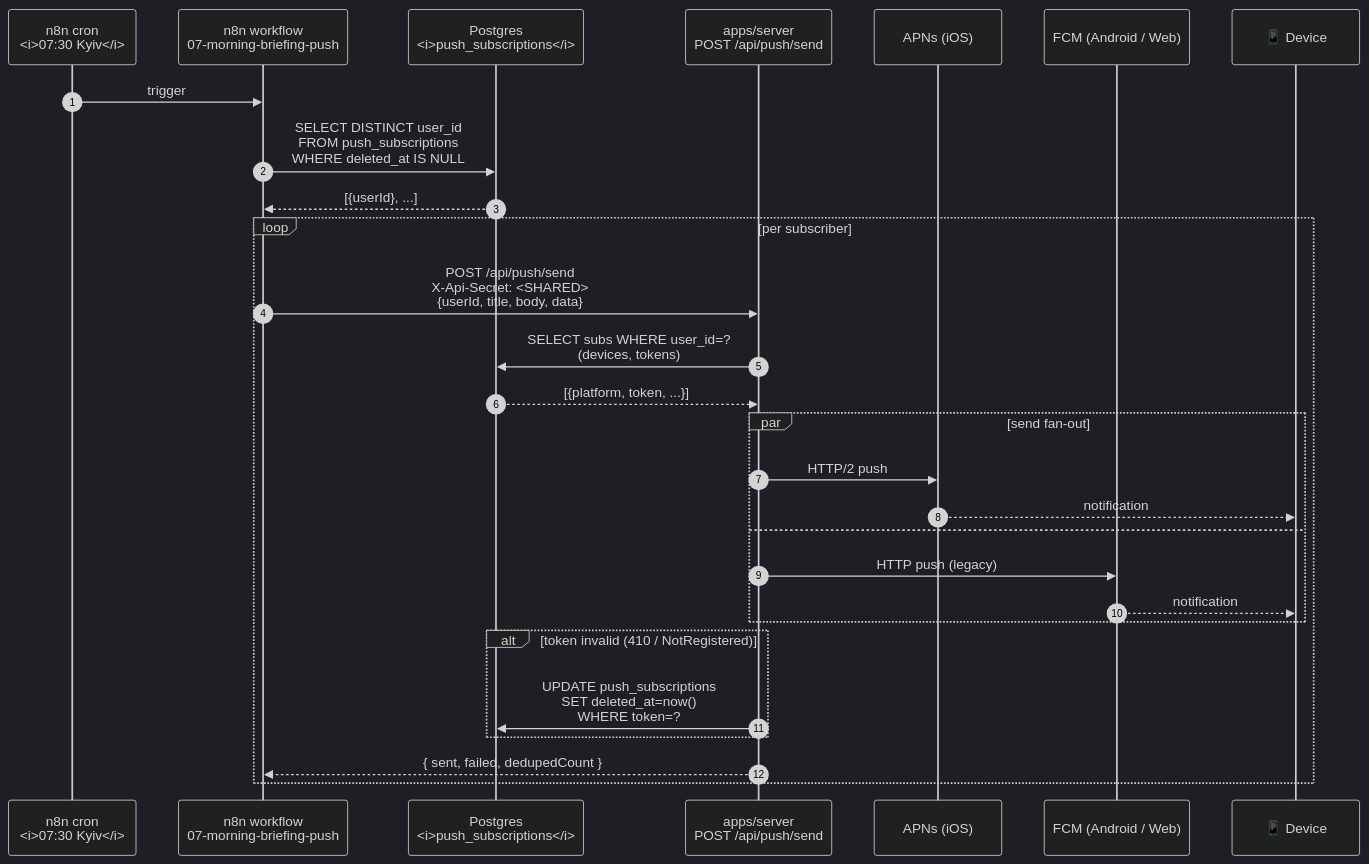
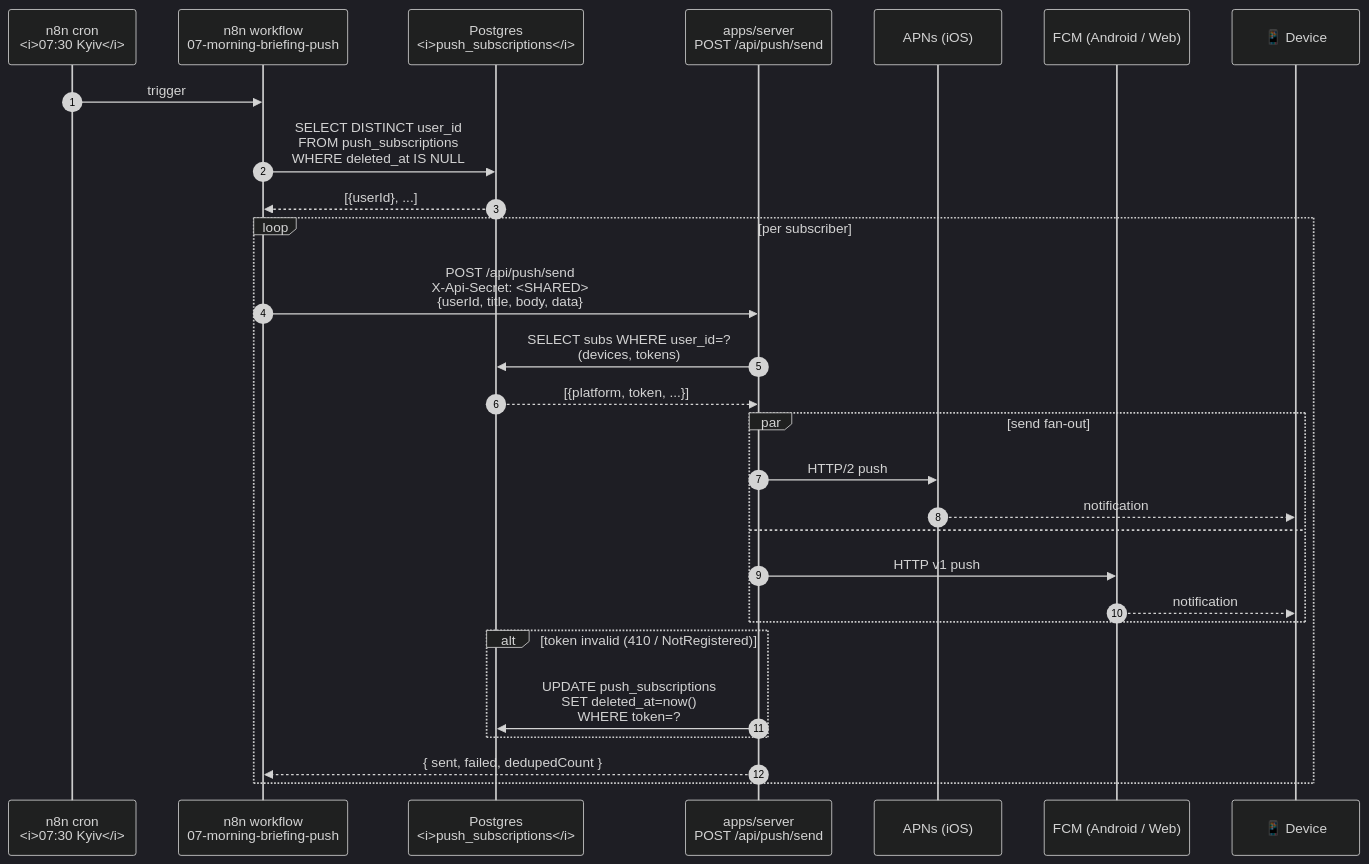
Before and after one commit to SkOrDs-02/sergeant: the diagram in docs/architecture/diagrams/flow-reminder-fire.md, drawn with Mermaid (dark theme). The commit also changed other lines of this file and 26 other files, not shown here.

First line of the commit message:
docs(docs): revalidate architecture docs against current codebase

````diff
--- a/docs/architecture/diagrams/flow-reminder-fire.md
+++ b/docs/architecture/diagrams/flow-reminder-fire.md
@@ -8,35 +8,35 @@
 ```mermaid
 sequenceDiagram
     autonumber
     participant Cron as n8n cron<br/><i>07:30 Kyiv</i>
     participant N8N as n8n workflow<br/>07-morning-briefing-push
     participant DB as Postgres<br/><i>push_subscriptions</i>
     participant Server as apps/server<br/>POST /api/push/send
     participant APNs as APNs (iOS)
     participant FCM as FCM (Android / Web)
     participant Device as 📱 Device
 
     Cron->>N8N: trigger
     N8N->>DB: SELECT DISTINCT user_id<br/>FROM push_subscriptions<br/>WHERE deleted_at IS NULL
     DB-->>N8N: [{userId}, ...]
 
     loop per subscriber
         N8N->>Server: POST /api/push/send<br/>X-Api-Secret: <SHARED><br/>{userId, title, body, data}
         Server->>DB: SELECT subs WHERE user_id=?<br/>(devices, tokens)
         DB-->>Server: [{platform, token, ...}]
 
         par send fan-out
             Server->>APNs: HTTP/2 push
             APNs-->>Device: notification
         and
-            Server->>FCM: HTTP push (legacy)
+            Server->>FCM: HTTP v1 push
             FCM-->>Device: notification
         end
 
         alt token invalid (410 / NotRegistered)
             Server->>DB: UPDATE push_subscriptions<br/>SET deleted_at=now()<br/>WHERE token=?
         end
 
         Server-->>N8N: { sent, failed, dedupedCount }
     end
 ```
````
